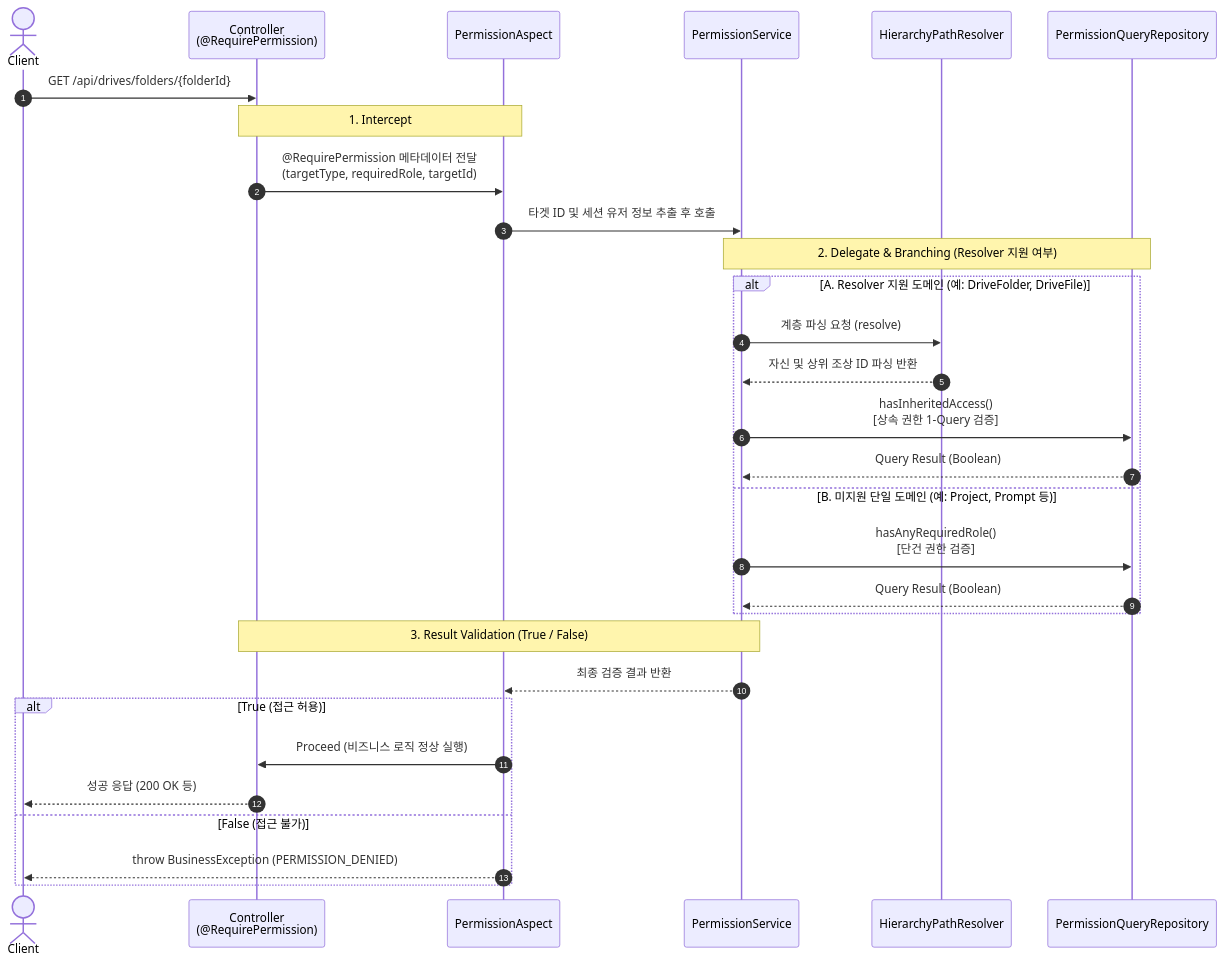
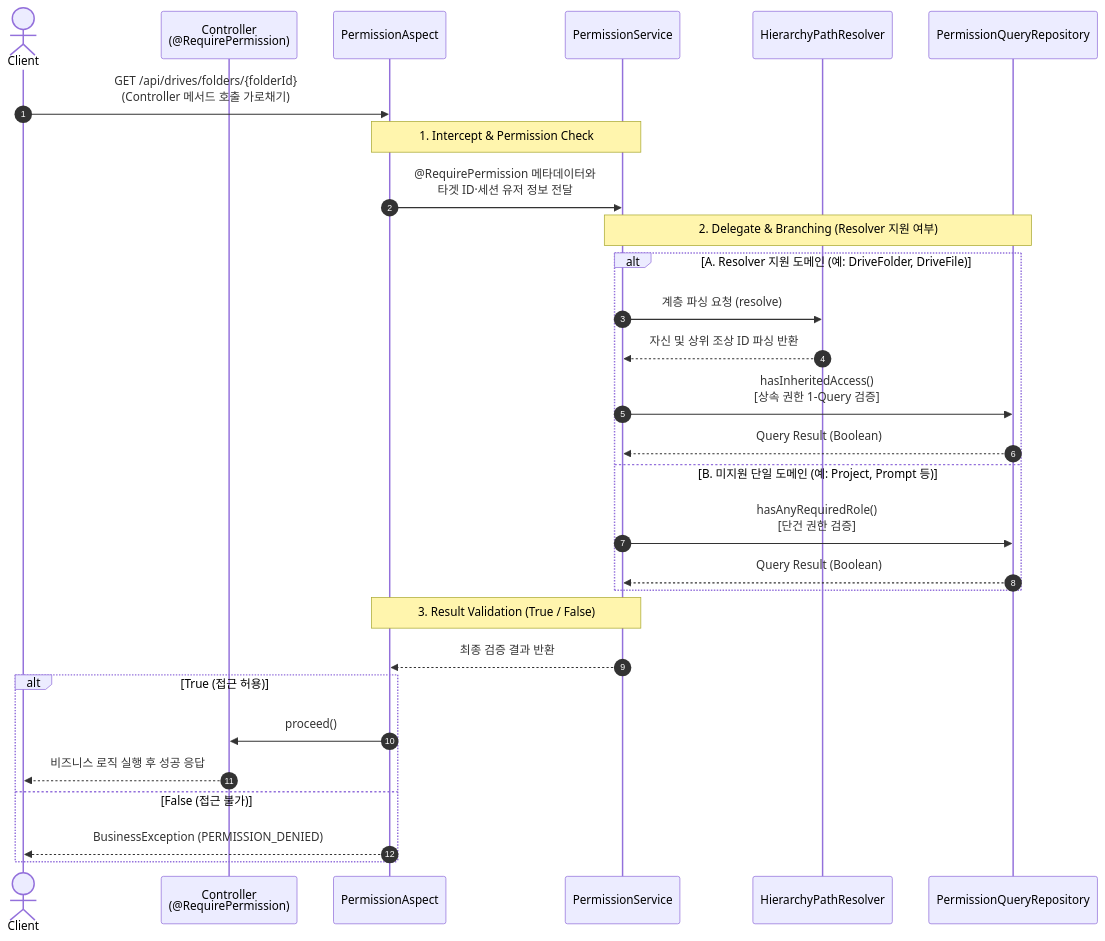
One commit to sul1074/Shared-AI-Drive changed the sixth of 8 diagrams in README.md. Above: the diagram before and after it, drawn with Mermaid. The commit also changed other lines of this file, not shown here.

````diff
--- a/README.md
+++ b/README.md
@@ -437,42 +437,41 @@
 ```mermaid
 sequenceDiagram
     autonumber
     actor Client as Client
     participant API as Controller<br>(@RequirePermission)
     participant AOP as PermissionAspect
     participant Svc as PermissionService
     participant Resolver as HierarchyPathResolver
     participant Repo as PermissionQueryRepository
 
-    Client->>API: GET /api/drives/folders/{folderId}
+    Client->>AOP: GET /api/drives/folders/{folderId}<br>(Controller 메서드 호출 가로채기)
     
     %% 1. Intercept
-    note over API, AOP: 1. Intercept
-    API->>AOP: @RequirePermission 메타데이터 전달<br>(targetType, requiredRole, targetId)
-    AOP->>Svc: 타겟 ID 및 세션 유저 정보 추출 후 호출
+    note over AOP, Svc: 1. Intercept & Permission Check
+    AOP->>Svc: @RequirePermission 메타데이터와<br>타겟 ID·세션 유저 정보 전달
     
     %% 2. Delegate & Branching
     note over Svc, Repo: 2. Delegate & Branching (Resolver 지원 여부)
     
     alt A. Resolver 지원 도메인 (예: DriveFolder, DriveFile)
         Svc->>Resolver: 계층 파싱 요청 (resolve)
         Resolver-->>Svc: 자신 및 상위 조상 ID 파싱 반환
         Svc->>Repo: hasInheritedAccess()<br>[상속 권한 1-Query 검증]
         Repo-->>Svc: Query Result (Boolean)
         
     else B. 미지원 단일 도메인 (예: Project, Prompt 등)
         Svc->>Repo: hasAnyRequiredRole()<br>[단건 권한 검증]
         Repo-->>Svc: Query Result (Boolean)
     end
 
     %% 3. Result Validation
-    note over API, Svc: 3. Result Validation (True / False)
+    note over AOP, Svc: 3. Result Validation (True / False)
     Svc-->>AOP: 최종 검증 결과 반환
     
     alt True (접근 허용)
-        AOP->>API: Proceed (비즈니스 로직 정상 실행)
-        API-->>Client: 성공 응답 (200 OK 등)
+        AOP->>API: proceed()
+        API-->>Client: 비즈니스 로직 실행 후 성공 응답
     else False (접근 불가)
-        AOP-->>Client: throw BusinessException (PERMISSION_DENIED)
+        AOP-->>Client: BusinessException (PERMISSION_DENIED)
     end
 ```
````
